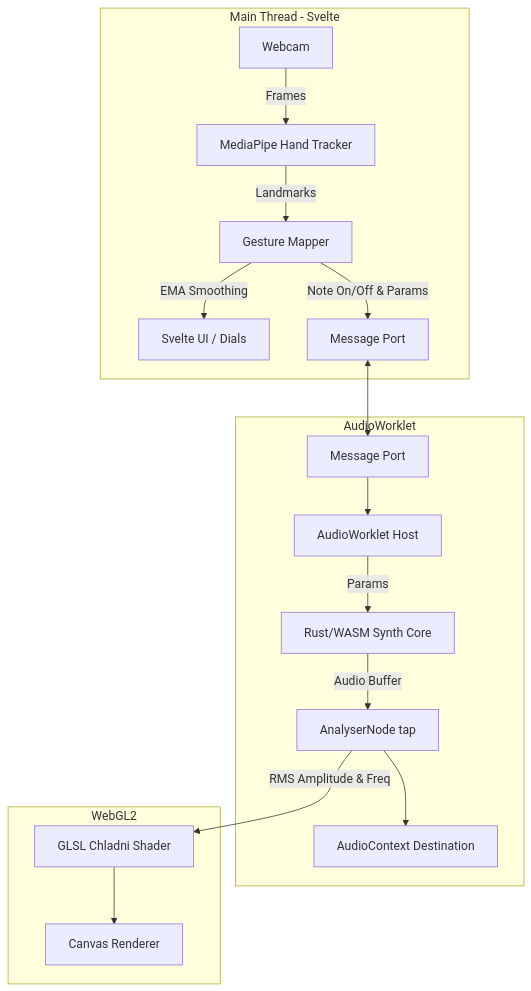
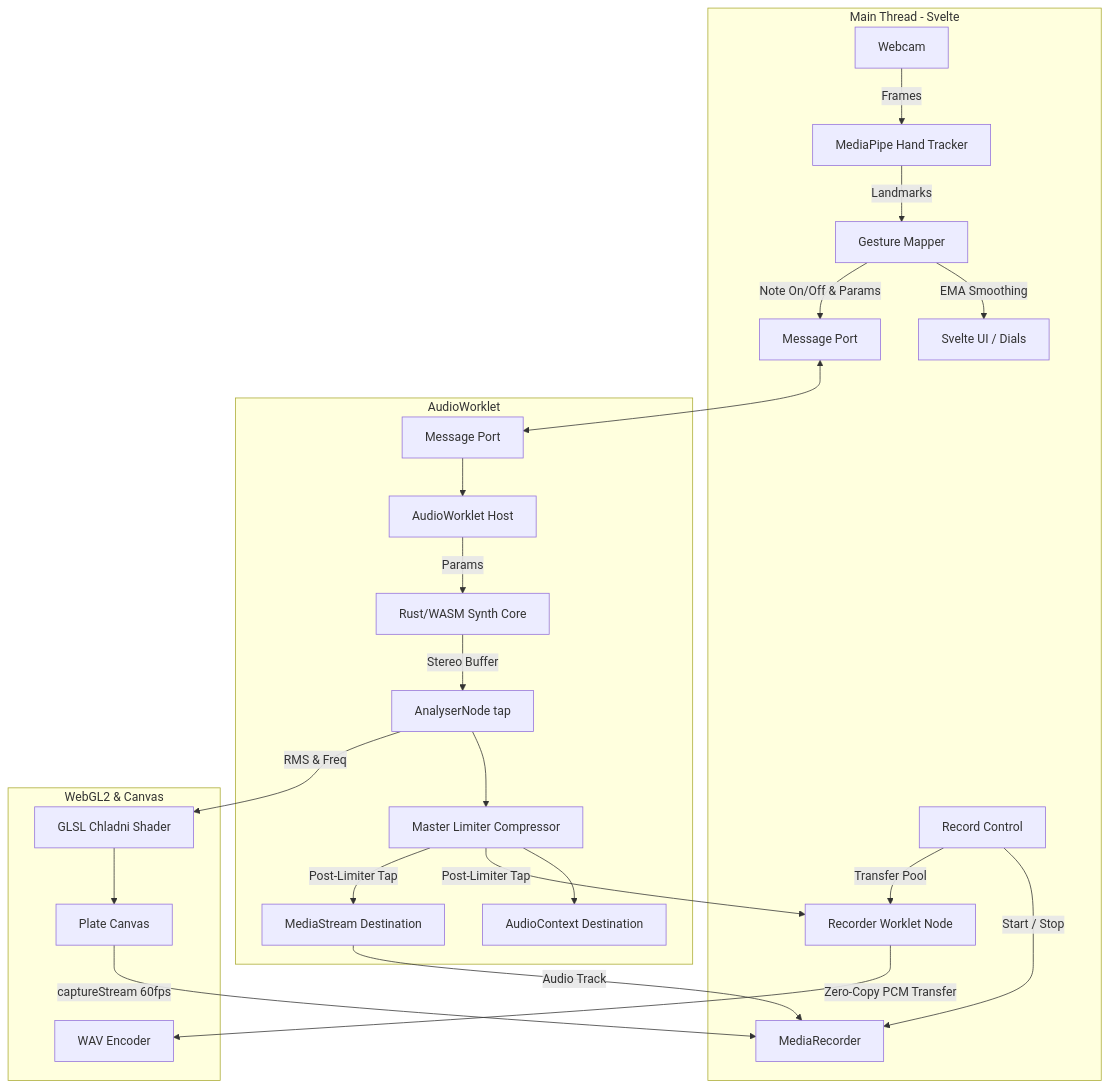
One commit to Rajiv6165/chladni changed the diagram in README.md. Above: the diagram before and after it, drawn with Mermaid. The commit also changed other lines of this file and 14 other files, not shown here.

Commit message:
feat: phase 8 - session recording and export (post-limiter WAV capture, plate video via MediaRecorder, brass REC control and take panel)

````diff
--- a/README.md
+++ b/README.md
@@ -27,23 +28,31 @@
 ```mermaid
 graph TD
     subgraph UI Thread [Main Thread - Svelte]
         Cam[Webcam] --> |Frames| MP[MediaPipe Hand Tracker]
         MP --> |Landmarks| GM[Gesture Mapper]
         GM --> |EMA Smoothing| UI[Svelte UI / Dials]
         GM --> |Note On/Off & Params| MsgPort1[Message Port]
+        RecCtrl[Record Control] --> |Start / Stop| MediaRec[MediaRecorder]
+        RecCtrl --> |Transfer Pool| RecNode[Recorder Worklet Node]
     end
 
     subgraph Audio Thread [AudioWorklet]
         MsgPort2[Message Port] --> Host[AudioWorklet Host]
         Host --> |Params| Rust[Rust/WASM Synth Core]
-        Rust --> |Audio Buffer| Analyser[AnalyserNode tap]
-        Analyser --> AudioOut[AudioContext Destination]
+        Rust --> |Stereo Buffer| Analyser[AnalyserNode tap]
+        Analyser --> Limiter[Master Limiter Compressor]
+        Limiter --> AudioOut[AudioContext Destination]
+        Limiter --> |Post-Limiter Tap| RecNode
+        Limiter --> |Post-Limiter Tap| MediaDest[MediaStream Destination]
     end
 
-    subgraph GPU [WebGL2]
-        Analyser --> |RMS Amplitude & Freq| Shader[GLSL Chladni Shader]
-        Shader --> Canvas[Canvas Renderer]
+    subgraph GPU & Video Pipeline [WebGL2 & Canvas]
+        Analyser --> |RMS & Freq| Shader[GLSL Chladni Shader]
+        Shader --> Canvas[Plate Canvas]
+        Canvas --> |captureStream 60fps| MediaRec
+        MediaDest --> |Audio Track| MediaRec
+        RecNode --> |Zero-Copy PCM Transfer| WavEnc[WAV Encoder]
     end
 
     MsgPort1 <--> MsgPort2
 ```
````
